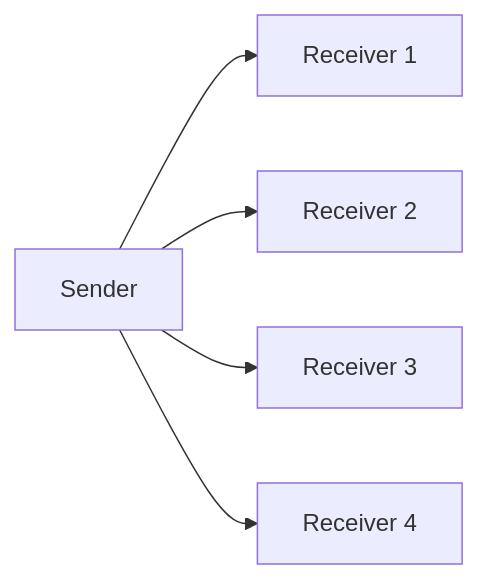
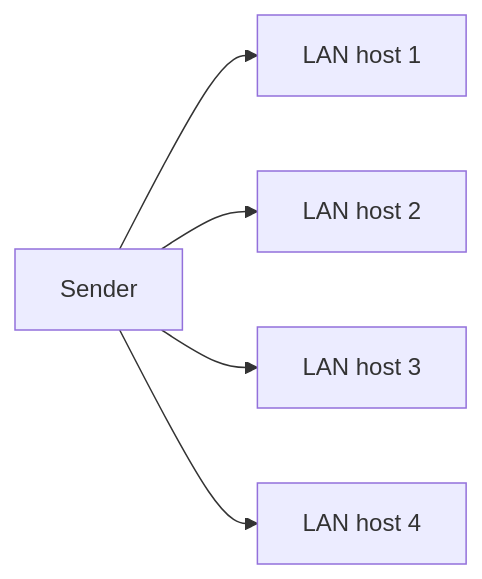
One commit to vanshbaranwal/backend-projects changed the ninth of 11 diagrams in computer-network/02-network-models/network-models.md. Above: the diagram before and after it, drawn with Mermaid. The commit also changed other lines of this file and 2 other files, not shown here.

Commit message:
docs(networking): refine notes, analogies, and diagrams

````diff
--- a/computer-network/02-network-models/network-models.md
+++ b/computer-network/02-network-models/network-models.md
@@ -345,7 +396,7 @@
 ```mermaid
 flowchart LR
-    A[Sender] --> B[Receiver 1]
-    A --> C[Receiver 2]
-    A --> D[Receiver 3]
-    A --> E[Receiver 4]
+    A[Sender] --> B[LAN host 1]
+    A --> C[LAN host 2]
+    A --> D[LAN host 3]
+    A --> E[LAN host 4]
 ```
````
